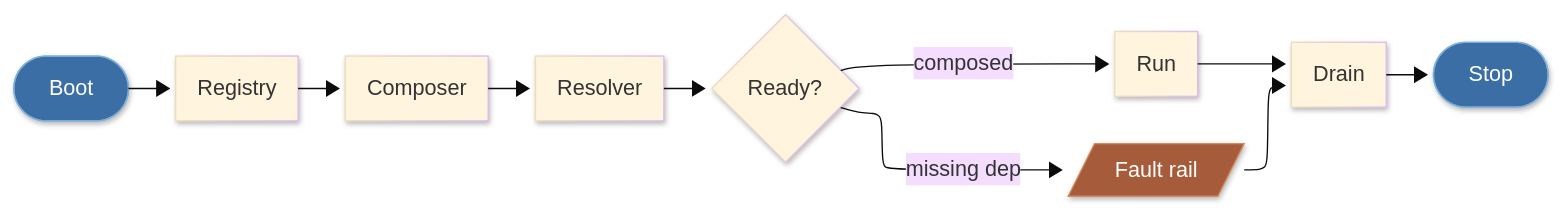
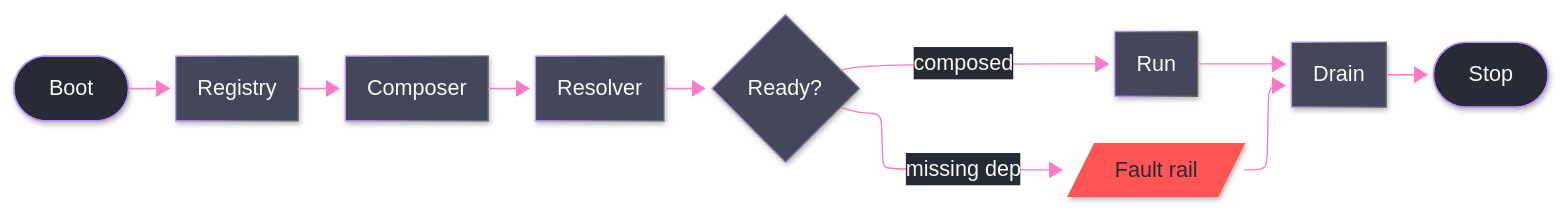
Before and after one commit to bsamiee/Rasm: the diagram in .claude/skills/mermaid-diagramming/templates/spine.mmd.md, drawn with Mermaid. The commit also changed other lines of this file and 17 other files, not shown here.

````diff
--- a/.claude/skills/mermaid-diagramming/templates/spine.mmd.md
+++ b/.claude/skills/mermaid-diagramming/templates/spine.mmd.md
@@ -5,24 +5,33 @@
 ```mermaid
 ---
 config:
   layout: elk
   look: neo
   theme: base
+  themeVariables:
+    darkMode: true
+    background: "#282A36"
+    primaryColor: "#44475A"
+    primaryTextColor: "#F8F8F2"
+    primaryBorderColor: "#BD93F9"
+    lineColor: "#FF79C6"
+    textColor: "#F8F8F2"
+    edgeLabelBackground: "#282A36"
 ---
 flowchart LR
     accTitle: Owner-set spine
     accDescr: The main path through an owner set from boot through compose, ready, run, and drain, with one fault-rail branch that rejoins drain.
     Boot([Boot]) --> Registry[Registry]
     Registry --> Composer[Composer]
     Composer --> Resolver[Resolver]
     Resolver --> Ready{Ready?}
     Ready -->|composed| Run[Run]
     Ready -->|missing dep| Fault[/Fault rail/]
     Run --> Drain[Drain]
     Fault --> Drain
     Drain --> Stop([Stop])
-    classDef entry fill:#3b6ea5,stroke:#7fb0d8,color:#ffffff
-    classDef rail fill:#a65c3a,stroke:#d68a5c,color:#ffffff
-    class Boot,Stop entry
-    class Fault rail
+    classDef boundary fill:#282A36,stroke:#BD93F9,color:#F8F8F2
+    classDef error fill:#FF5555,stroke:#FF5555,color:#282A36
+    class Boot,Stop boundary
+    class Fault error
 ```
````
